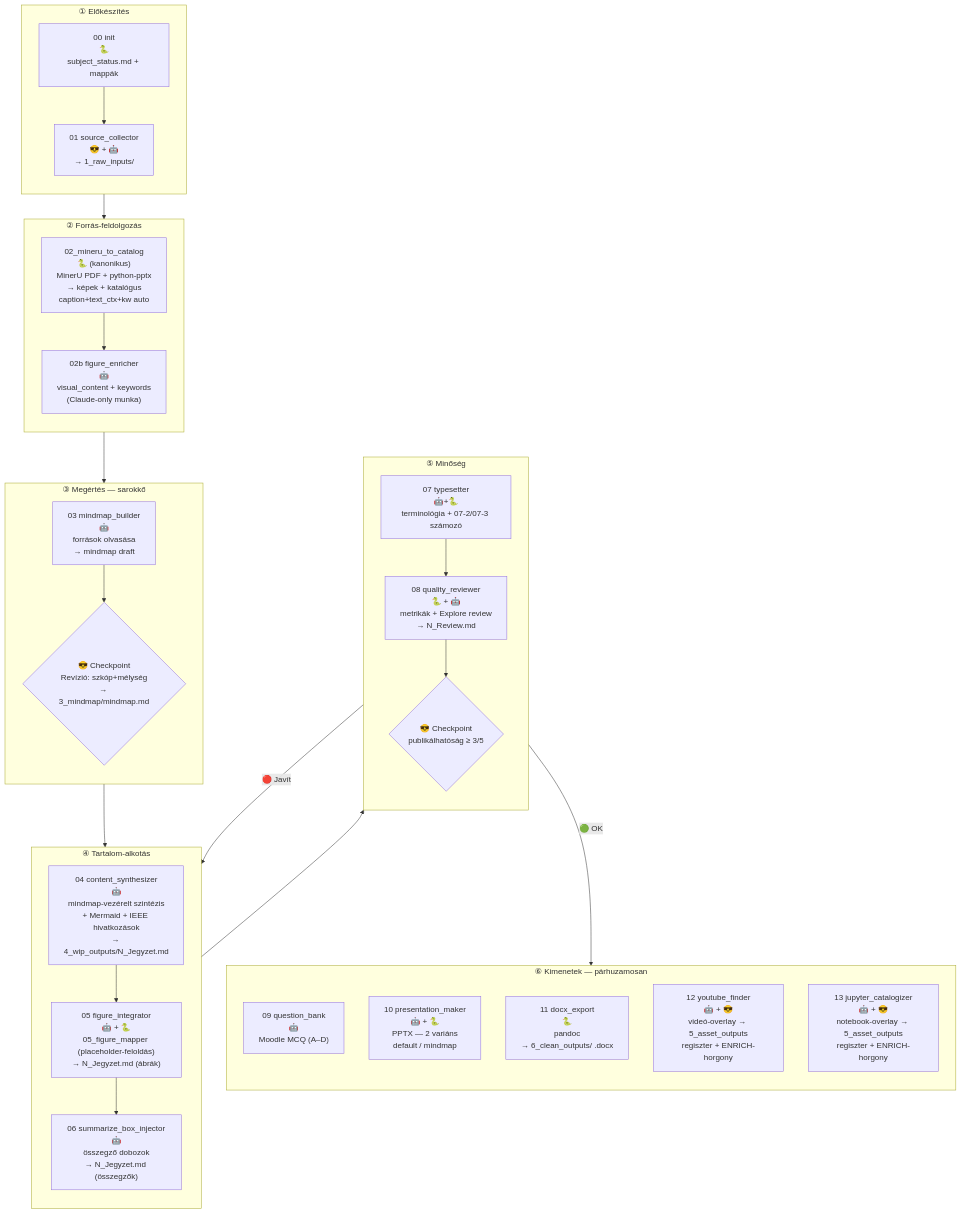
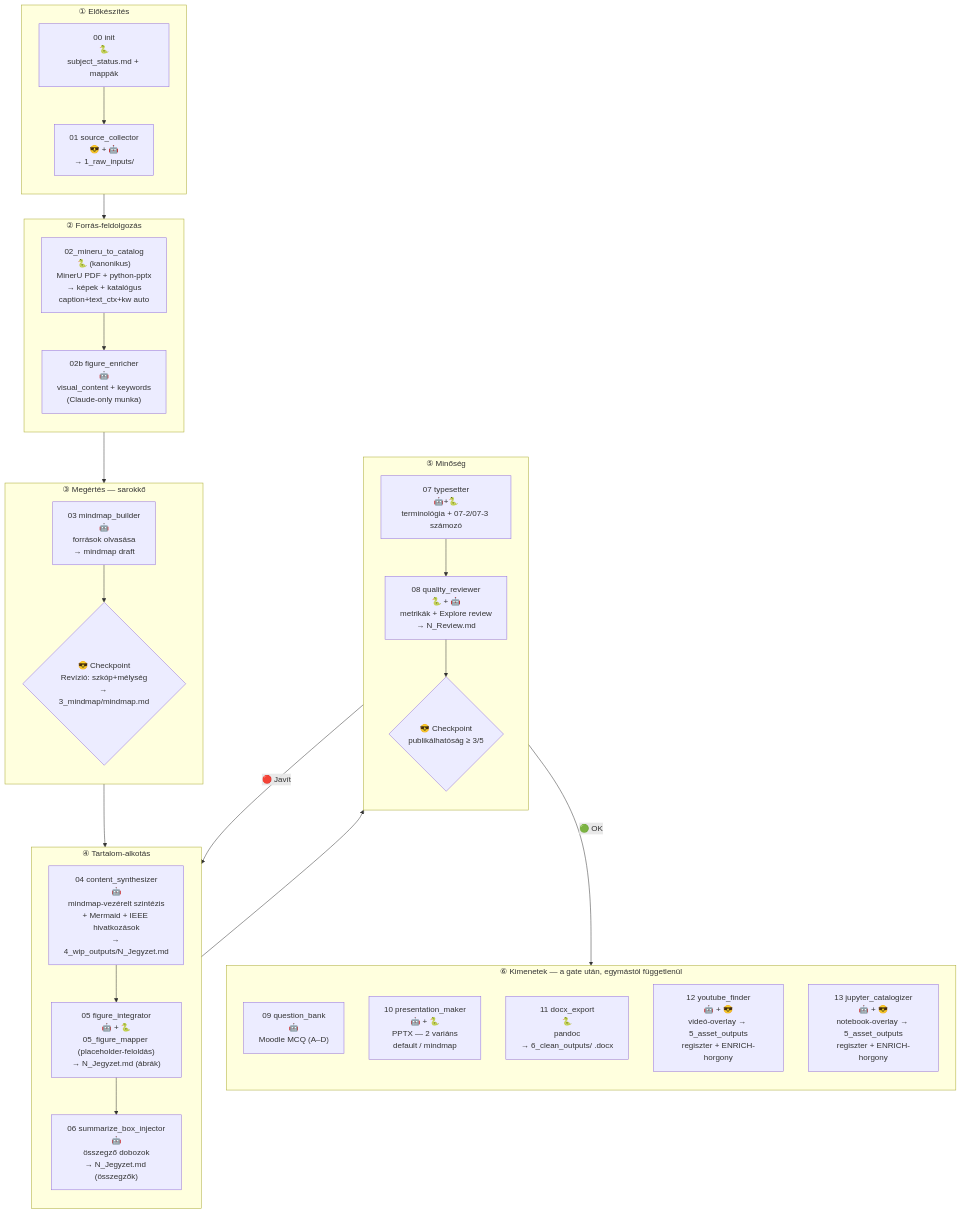
The diagram in .claude/pipeline.md (InutilemMachina/claude_course), drawn with Mermaid before and after one commit. The commit also changed other lines of this file, not shown here.

First line of the commit message:
docs(pipeline): aktualizálás a P2/B-14 után (v2.1)

````diff
--- a/.claude/pipeline.md
+++ b/.claude/pipeline.md
@@ -87,52 +87,52 @@
 ```mermaid
 flowchart TD
     subgraph INIT["① Előkészítés"]
         direction TB
         I0["00 init<br>🐍<br>subject_status.md + mappák"]
         I1["01 source_collector<br>😎 + 🤖<br>→ 1_raw_inputs/"]
         I0 --> I1
     end
 
     subgraph EXT["② Forrás-feldolgozás"]
         direction TB
         E1m["02_mineru_to_catalog<br>🐍 (kanonikus)<br>MinerU PDF + python-pptx<br>→ képek + katalógus<br>caption+text_ctx+kw auto"]
         E2["02b figure_enricher<br>🤖<br>visual_content + keywords<br>(Claude-only munka)"]
         E1m --> E2
     end
 
     subgraph UNDERSTAND["③ Megértés — sarokkő"]
         direction TB
         U1["03 mindmap_builder<br>🤖<br>források olvasása<br>→ mindmap draft"]
         U2{"😎 Checkpoint<br>Revízió: szkóp+mélység<br>→ 3_mindmap/mindmap.md"}
         U1 --> U2
     end
 
     subgraph CREATE["④ Tartalom-alkotás"]
         direction TB
         C1["04 content_synthesizer<br>🤖<br>mindmap-vezérelt szintézis<br>+ Mermaid + IEEE hivatkozások<br>→ 4_wip_outputs/N_Jegyzet.md"]
         C2["05 figure_integrator<br>🤖 + 🐍<br>05_figure_mapper (placeholder-feloldás)<br>→ N_Jegyzet.md (ábrák)"]
         C3["06 summarize_box_injector<br>🤖<br>összegző dobozok<br>→ N_Jegyzet.md (összegzők)"]
         C1 --> C2 --> C3
     end
 
     subgraph QUALITY["⑤ Minőség"]
         direction TB
         Q1["07 typesetter<br>🤖+🐍<br>terminológia + 07-2/07-3 számozó"]
         Q2["08 quality_reviewer<br>🐍 + 🤖<br>metrikák + Explore review<br>→ N_Review.md"]
         Q3{"😎 Checkpoint<br>publikálhatóság ≥ 3/5"}
         Q1 --> Q2 --> Q3
     end
 
-    subgraph OUTPUT["⑥ Kimenetek — párhuzamosan"]
+    subgraph OUTPUT["⑥ Kimenetek — a gate után, egymástól függetlenül"]
         direction TB
         O1["09 question_bank<br>🤖<br>Moodle MCQ (A–D)"]
         O2["10 presentation_maker<br>🤖 + 🐍<br>PPTX — 2 variáns<br>default / mindmap"]
         O3["11 docx_export<br>🐍<br>pandoc<br>→ 6_clean_outputs/ .docx"]
         O4["12 youtube_finder<br>🤖 + 😎<br>videó-overlay → 5_asset_outputs<br>regiszter + ENRICH-horgony"]
         O5["13 jupyter_catalogizer<br>🤖 + 😎<br>notebook-overlay → 5_asset_outputs<br>regiszter + ENRICH-horgony"]
     end
 
     INIT --> EXT --> UNDERSTAND --> CREATE --> QUALITY
     Q3 -->|"🟢 OK"| OUTPUT
     Q3 -->|"🔴 Javít"| CREATE
 ```
````
